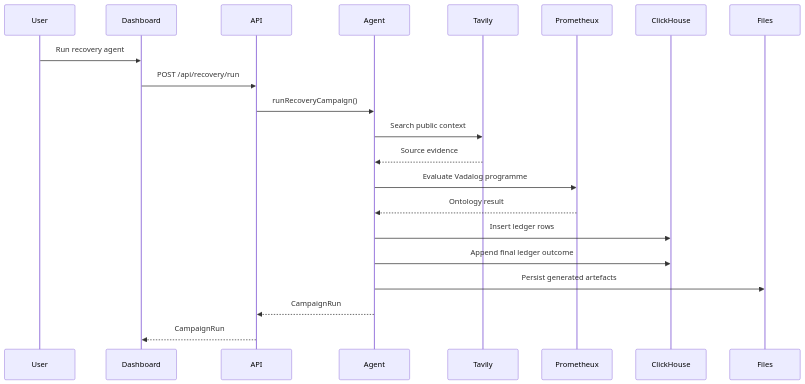
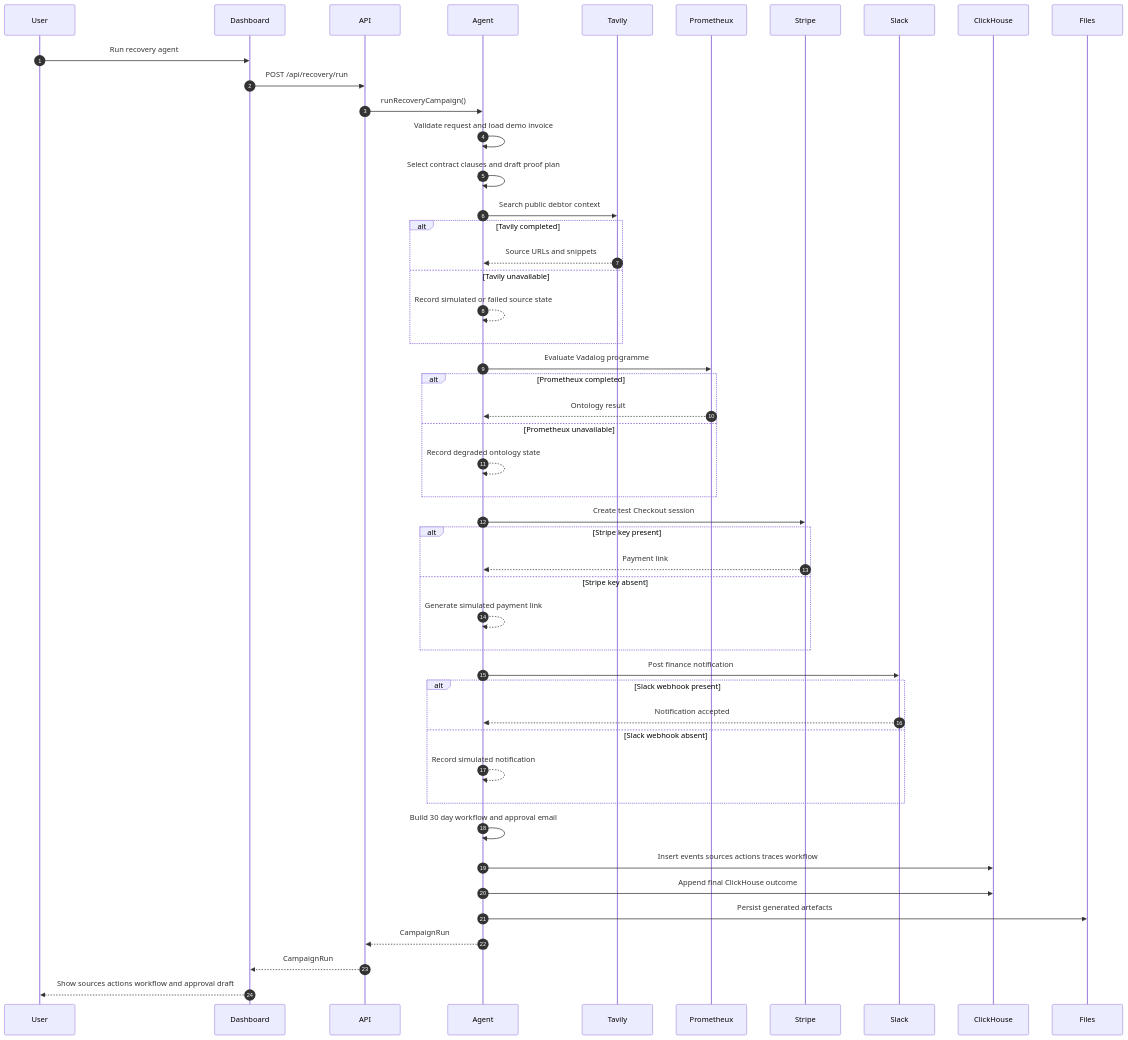
Before and after one commit to MasteraSnackin/ClausePay: the fourth of 7 diagrams in ARCHITECTURE.md, drawn with Mermaid. The commit also changed other lines of this file, not shown here.

Commit message:
Expand architecture diagrams

````diff
--- a/ARCHITECTURE.md
+++ b/ARCHITECTURE.md
@@ -108,24 +170,51 @@
 ```mermaid
 sequenceDiagram
+  autonumber
   participant User
   participant Dashboard
   participant API
   participant Agent
   participant Tavily
   participant Prometheux
+  participant Stripe
+  participant Slack
   participant ClickHouse
   participant Files
 
   User->>Dashboard: Run recovery agent
   Dashboard->>API: POST /api/recovery/run
   API->>Agent: runRecoveryCampaign()
-  Agent->>Tavily: Search public context
-  Tavily-->>Agent: Source evidence
+  Agent->>Agent: Validate request and load demo invoice
+  Agent->>Agent: Select contract clauses and draft proof plan
+  Agent->>Tavily: Search public debtor context
+  alt Tavily completed
+    Tavily-->>Agent: Source URLs and snippets
+  else Tavily unavailable
+    Agent-->>Agent: Record simulated or failed source state
+  end
   Agent->>Prometheux: Evaluate Vadalog programme
-  Prometheux-->>Agent: Ontology result
-  Agent->>ClickHouse: Insert ledger rows
-  Agent->>ClickHouse: Append final ledger outcome
+  alt Prometheux completed
+    Prometheux-->>Agent: Ontology result
+  else Prometheux unavailable
+    Agent-->>Agent: Record degraded ontology state
+  end
+  Agent->>Stripe: Create test Checkout session
+  alt Stripe key present
+    Stripe-->>Agent: Payment link
+  else Stripe key absent
+    Agent-->>Agent: Generate simulated payment link
+  end
+  Agent->>Slack: Post finance notification
+  alt Slack webhook present
+    Slack-->>Agent: Notification accepted
+  else Slack webhook absent
+    Agent-->>Agent: Record simulated notification
+  end
+  Agent->>Agent: Build 30 day workflow and approval email
+  Agent->>ClickHouse: Insert events sources actions traces workflow
+  Agent->>ClickHouse: Append final ClickHouse outcome
   Agent->>Files: Persist generated artefacts
   Agent-->>API: CampaignRun
   API-->>Dashboard: CampaignRun
+  Dashboard-->>User: Show sources actions workflow and approval draft
 ```
````
